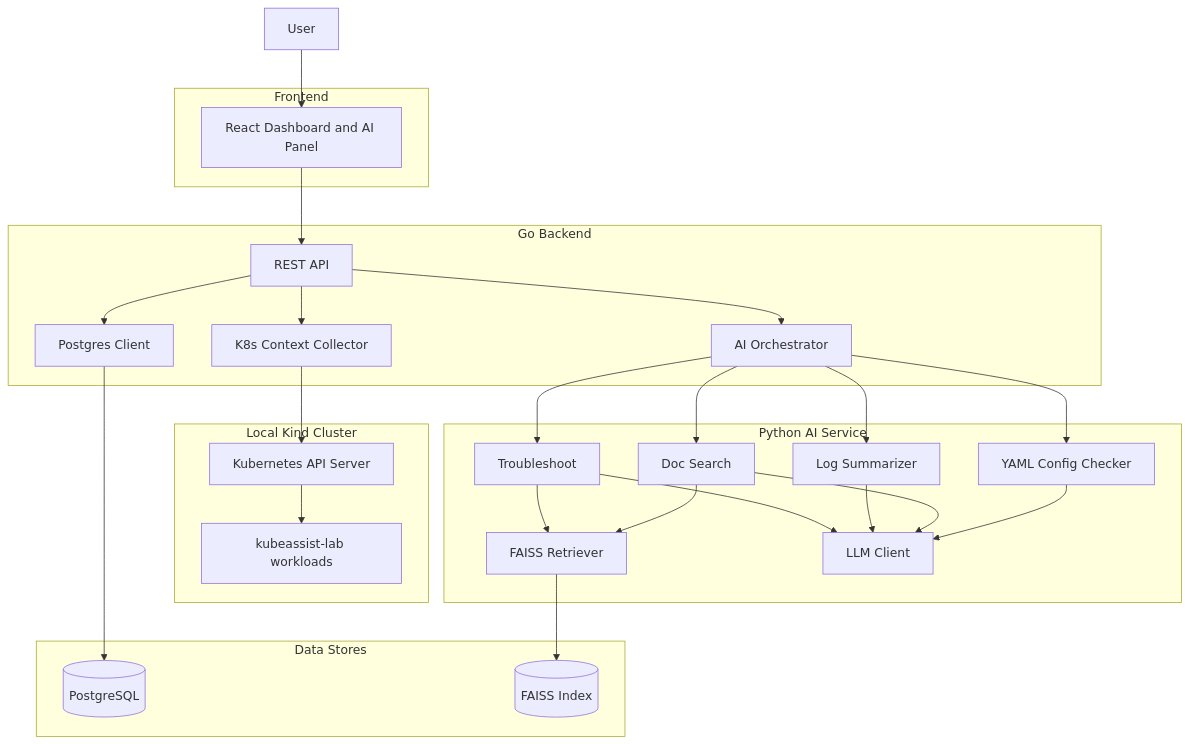
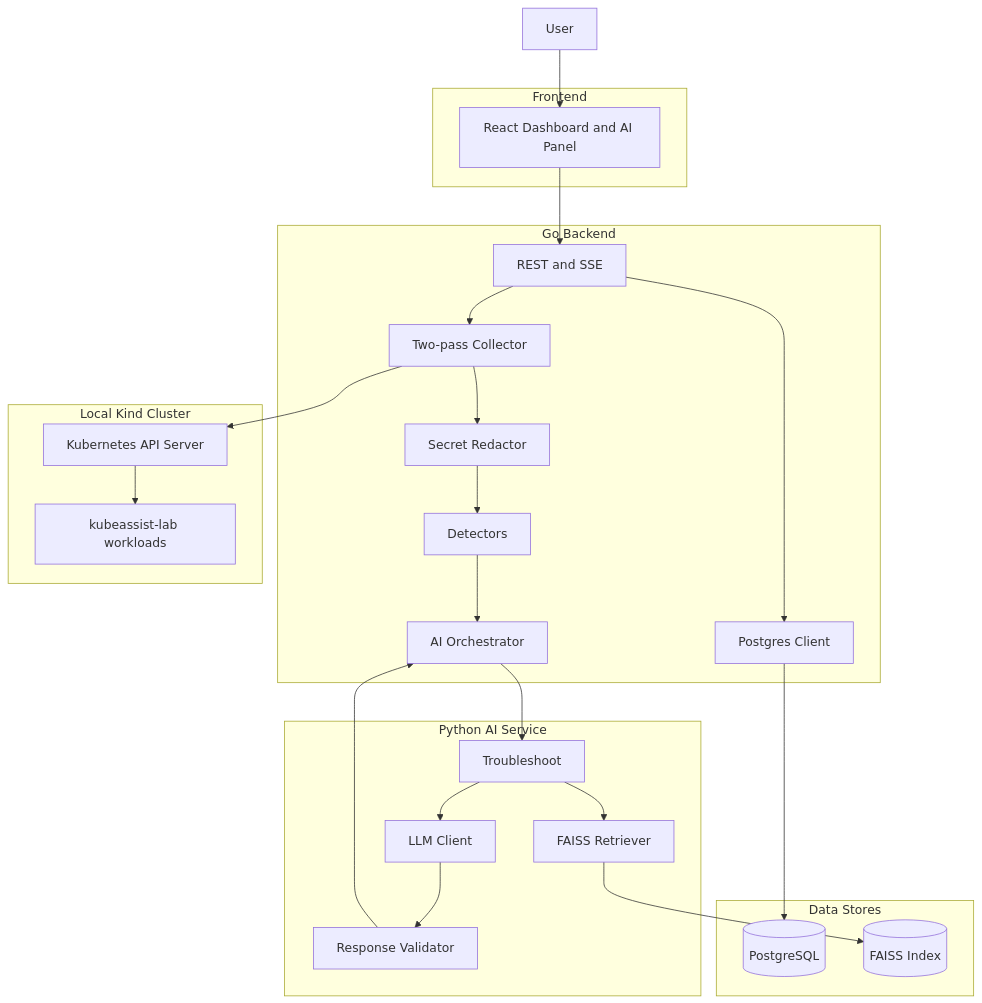
Before and after one commit to vedikako/kubernetes-assistant: the first of 2 diagrams in docs/PROJECT_STATUS.md, drawn with Mermaid. The commit also changed other lines of this file and 23 other files, not shown here.

````diff
--- a/docs/PROJECT_STATUS.md
+++ b/docs/PROJECT_STATUS.md
@@ -49,54 +50,46 @@
 ```mermaid
 flowchart TB
   userNode[User]
-
   subgraph frontend [Frontend]
     reactApp["React Dashboard and AI Panel"]
   end
-
   subgraph backend [Go Backend]
-    goApi["REST API"]
-    collector["K8s Context Collector"]
+    goApi["REST and SSE"]
+    collector["Two-pass Collector"]
+    detectors["Detectors"]
+    redactor["Secret Redactor"]
     orchestrator["AI Orchestrator"]
     storeClient["Postgres Client"]
   end
-
   subgraph cluster [Local Kind Cluster]
     k8sApi["Kubernetes API Server"]
     labWorkloads["kubeassist-lab workloads"]
   end
-
   subgraph ai [Python AI Service]
     troubleshootNode[Troubleshoot]
-    summarizeNode["Log Summarizer"]
-    docsNode["Doc Search"]
-    configCheck["YAML Config Checker"]
     retriever["FAISS Retriever"]
     llmClient["LLM Client"]
+    validator["Response Validator"]
   end
-
   subgraph data [Data Stores]
     postgresDb[("PostgreSQL")]
     faissIndex[("FAISS Index")]
   end
 
   userNode --> reactApp
   reactApp --> goApi
   goApi --> collector
   collector --> k8sApi
   k8sApi --> labWorkloads
-  goApi --> orchestrator
+  collector --> redactor
+  redactor --> detectors
+  detectors --> orchestrator
   orchestrator --> troubleshootNode
-  orchestrator --> summarizeNode
-  orchestrator --> docsNode
-  orchestrator --> configCheck
   troubleshootNode --> retriever
-  docsNode --> retriever
   retriever --> faissIndex
   troubleshootNode --> llmClient
-  summarizeNode --> llmClient
-  docsNode --> llmClient
-  configCheck --> llmClient
+  llmClient --> validator
+  validator --> orchestrator
   goApi --> storeClient
   storeClient --> postgresDb
 ```
````
